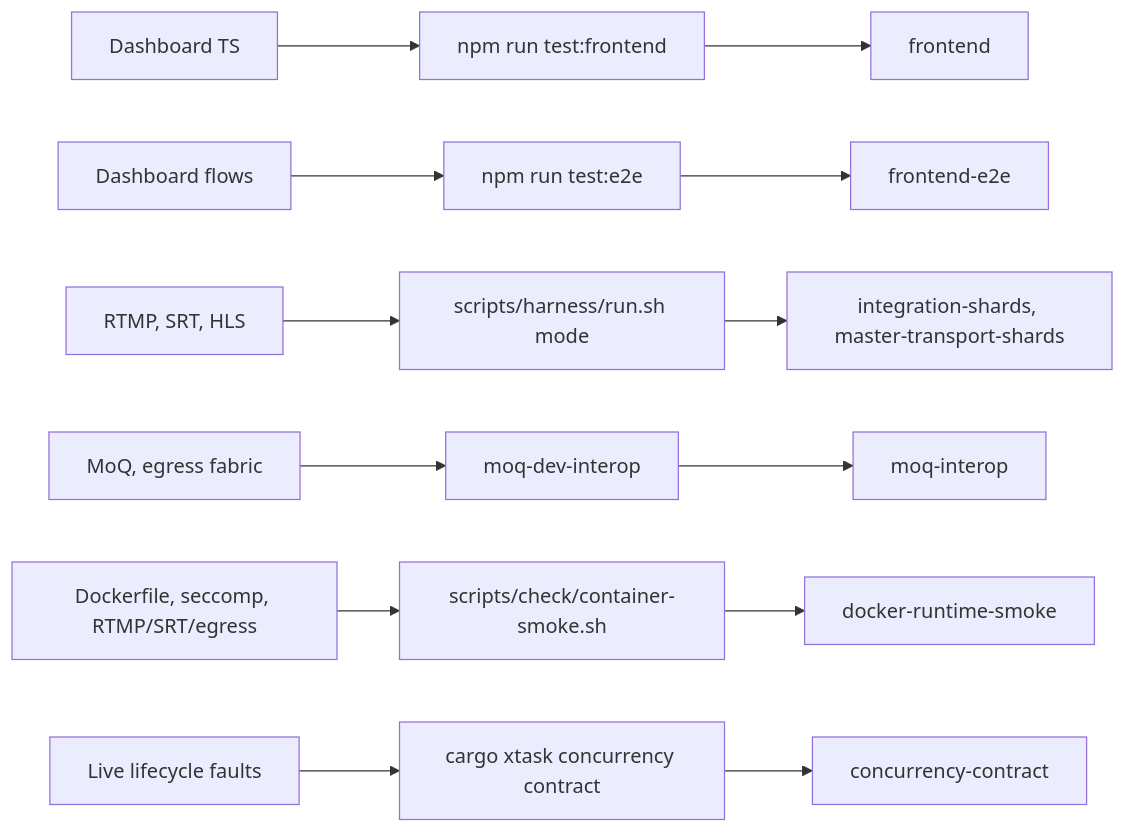
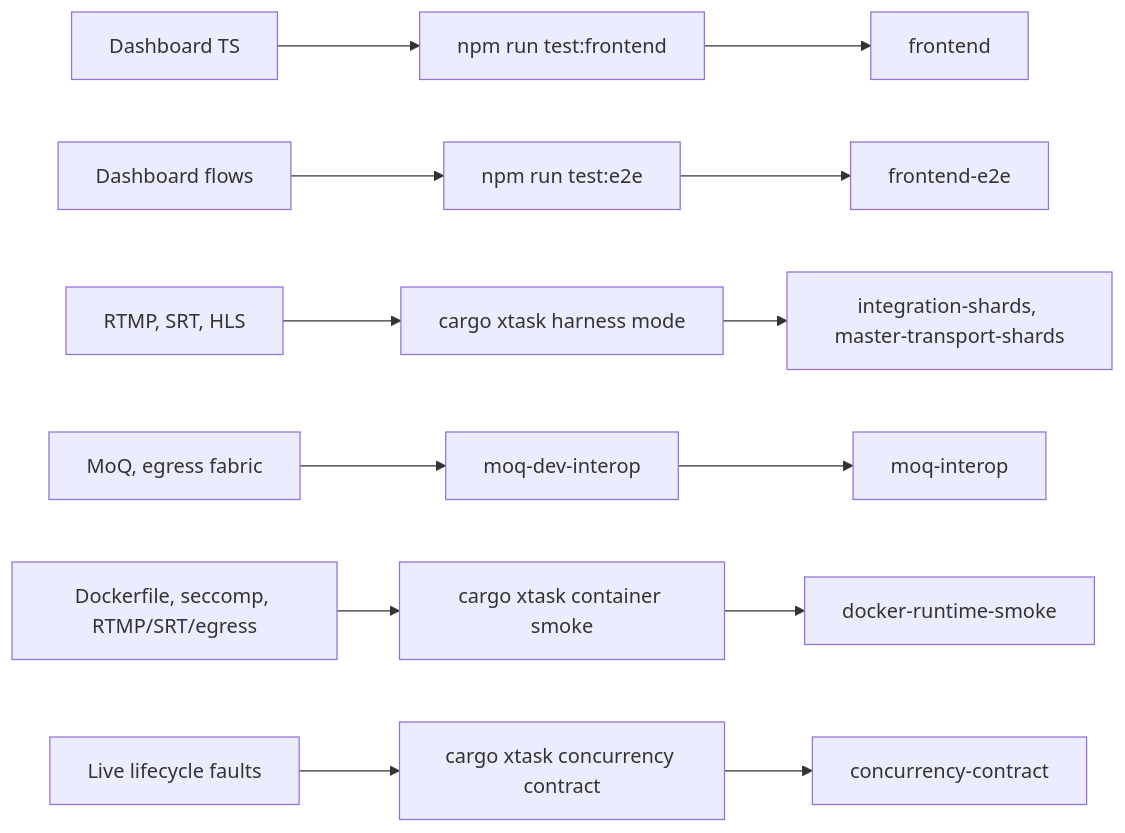
Before and after one commit to krsna1729/restream: the second of 2 diagrams in docs/testing.md, drawn with Mermaid. The commit also changed other lines of this file and 146 other files, not shown here.

````diff
--- a/docs/testing.md
+++ b/docs/testing.md
@@ -42,9 +42,9 @@
 ```mermaid
 flowchart LR
     ui["Dashboard TS"] --> fe["npm run test:frontend"] --> jfe["frontend"]
     flow["Dashboard flows"] --> e2e["npm run test:e2e"] --> je2e["frontend-e2e"]
-    proto["RTMP, SRT, HLS"] --> h["scripts/harness/run.sh mode"] --> jsh["integration-shards, master-transport-shards"]
+    proto["RTMP, SRT, HLS"] --> h["cargo xtask harness mode"] --> jsh["integration-shards, master-transport-shards"]
     moq["MoQ, egress fabric"] --> mi["moq-dev-interop"] --> jmoq["moq-interop"]
-    img["Dockerfile, seccomp, RTMP/SRT/egress"] --> cs["scripts/check/container-smoke.sh"] --> jdock["docker-runtime-smoke"]
+    img["Dockerfile, seccomp, RTMP/SRT/egress"] --> cs["cargo xtask container smoke"] --> jdock["docker-runtime-smoke"]
     life["Live lifecycle faults"] --> cc["cargo xtask concurrency contract"] --> jcc["concurrency-contract"]
 ```
````
